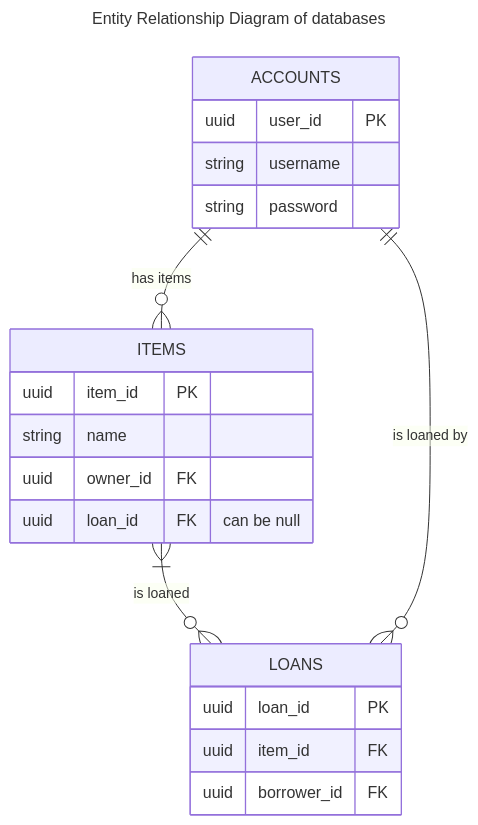
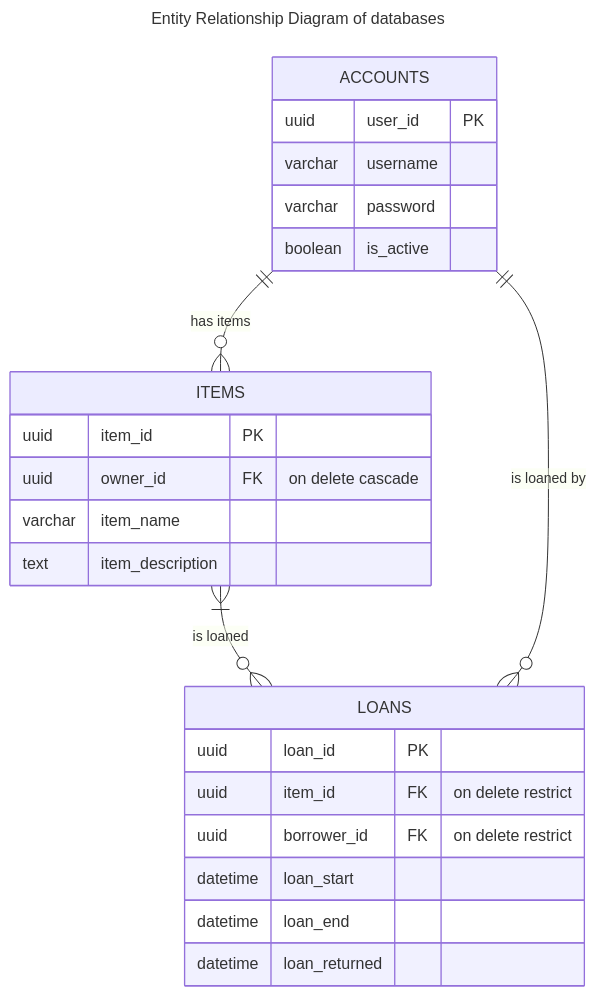
One commit to maussn/Rotom changed the second of 2 diagrams in ARCHITECTURE.md. Above: the diagram before and after it, drawn with Mermaid.

Commit message:
update entity relationship diagram

````diff
--- a/ARCHITECTURE.md
+++ b/ARCHITECTURE.md
@@ -25,31 +25,35 @@
 ```mermaid
 ---
 title: Entity Relationship Diagram of databases
 ---
 
 erDiagram
   
   ACCOUNTS {
     uuid user_id PK
-    string username
-    string password
+    varchar username
+    varchar password
+    boolean is_active
   }
 
   ITEMS {
     uuid item_id PK
-    string name
-    uuid owner_id FK
-    uuid loan_id FK "can be null"
+    uuid owner_id FK "on delete cascade"
+    varchar item_name
+    text item_description
   }
 
   LOANS {
     uuid loan_id PK
-    uuid item_id FK
-    uuid borrower_id FK
+    uuid item_id FK "on delete restrict"
+    uuid borrower_id FK "on delete restrict"
+    datetime loan_start
+    datetime loan_end
+    datetime loan_returned
   }
 
   ACCOUNTS ||--o{ ITEMS : "has items"
   ITEMS }|--o{ LOANS : "is loaned"
   LOANS }o--|| ACCOUNTS : "is loaned by"
 
 ```
````
